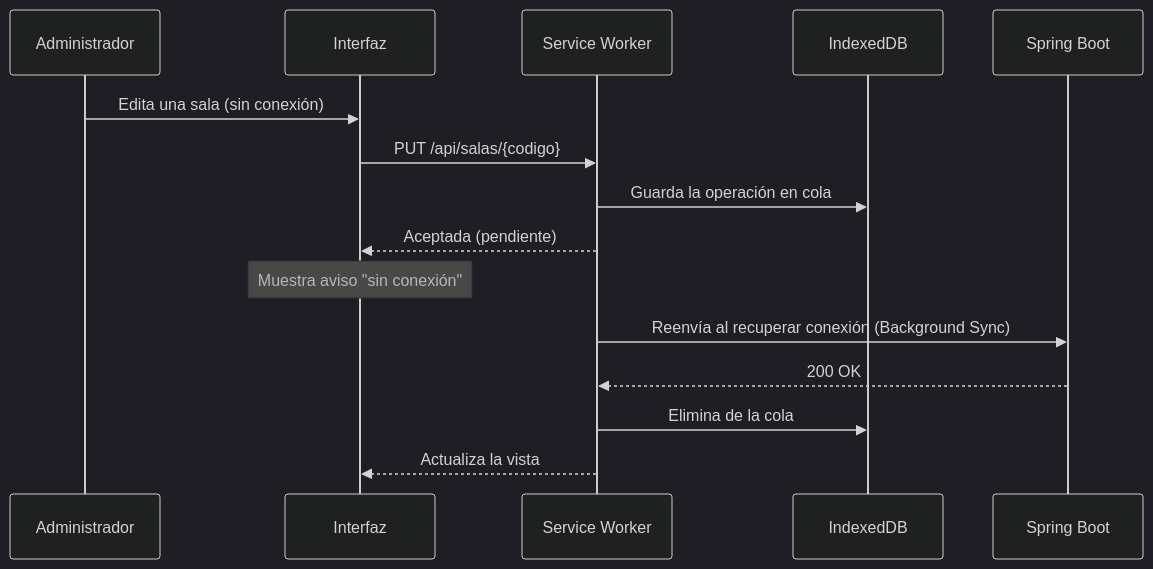
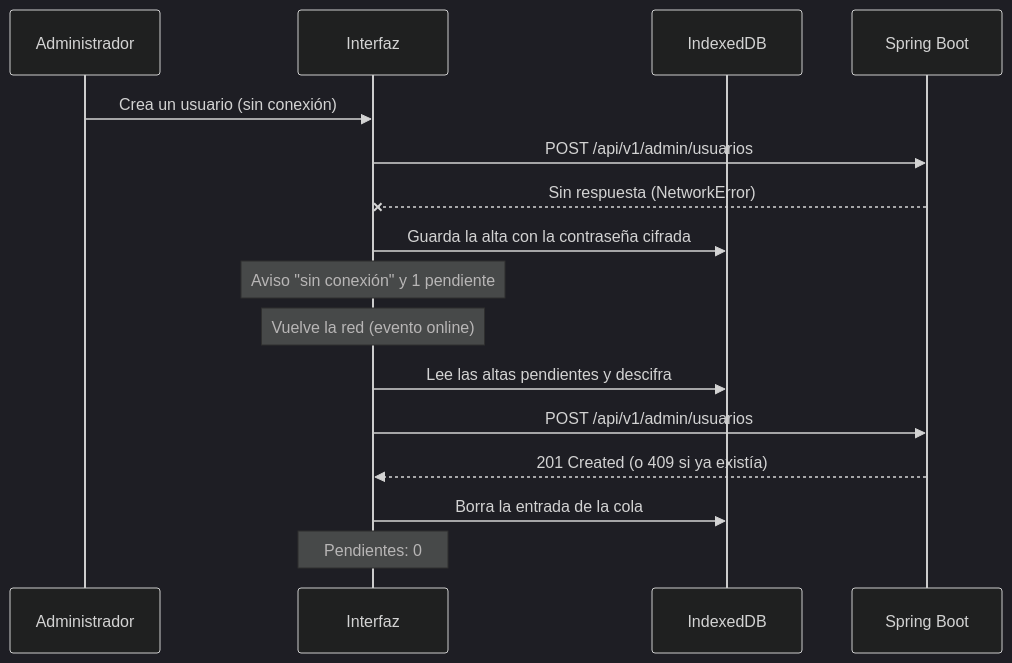
The third of 5 diagrams in README.md (AiltonMV/vestigia-pwa), drawn with Mermaid (dark theme) before and after one commit. The commit also changed other lines of this file, not shown here.

Commit message:
New: README actualizado con las pantallas, la API v1, el Service Worker y la cola offline reales

````diff
--- a/README.md
+++ b/README.md
@@ -121,18 +127,19 @@
 ```mermaid
 sequenceDiagram
     participant U as Administrador
     participant UI as Interfaz
-    participant SW as Service Worker
     participant IDB as IndexedDB
     participant API as Spring Boot
 
-    U->>UI: Edita una sala (sin conexión)
-    UI->>SW: PUT /api/salas/{codigo}
-    SW->>IDB: Guarda la operación en cola
-    SW-->>UI: Aceptada (pendiente)
-    Note over UI: Muestra aviso "sin conexión"
-    SW->>API: Reenvía al recuperar conexión (Background Sync)
-    API-->>SW: 200 OK
-    SW->>IDB: Elimina de la cola
-    SW-->>UI: Actualiza la vista
+    U->>UI: Crea un usuario (sin conexión)
+    UI->>API: POST /api/v1/admin/usuarios
+    API--xUI: Sin respuesta (NetworkError)
+    UI->>IDB: Guarda la alta con la contraseña cifrada
+    Note over UI: Aviso "sin conexión" y 1 pendiente
+    Note over UI: Vuelve la red (evento online)
+    UI->>IDB: Lee las altas pendientes y descifra
+    UI->>API: POST /api/v1/admin/usuarios
+    API-->>UI: 201 Created (o 409 si ya existía)
+    UI->>IDB: Borra la entrada de la cola
+    Note over UI: Pendientes: 0
 ```
````
